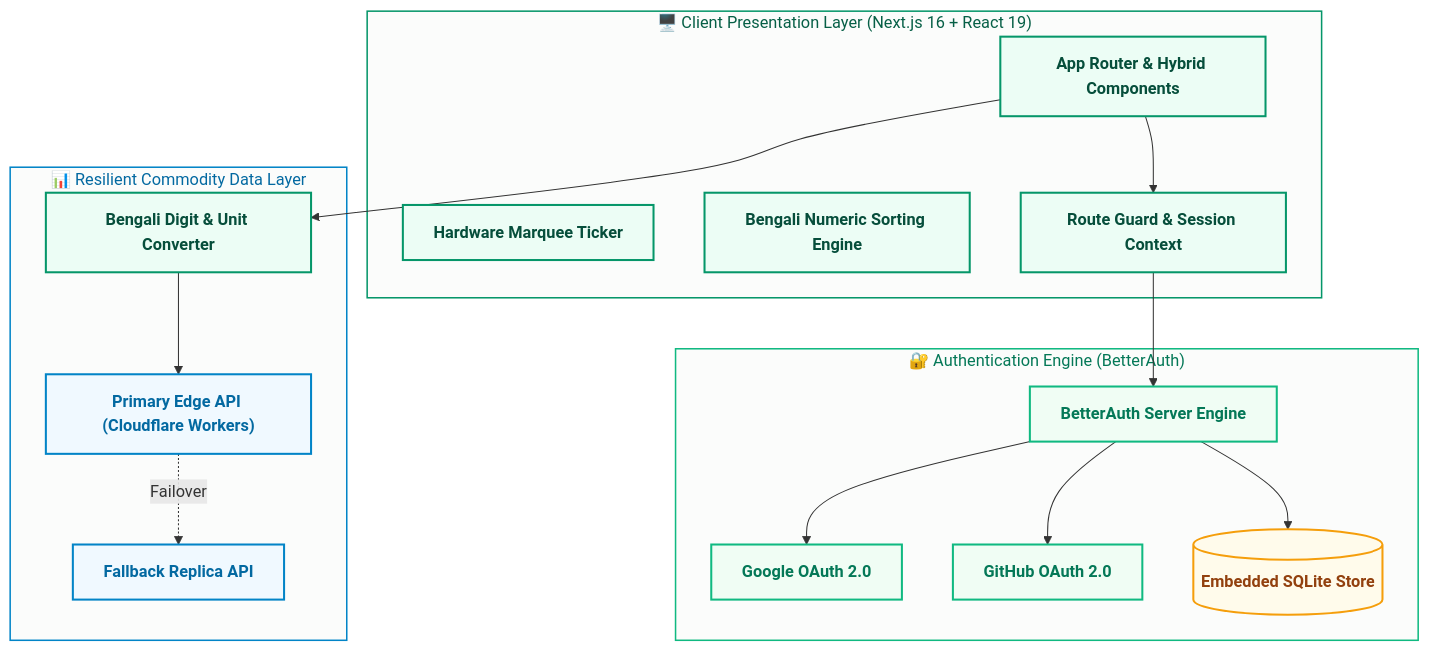
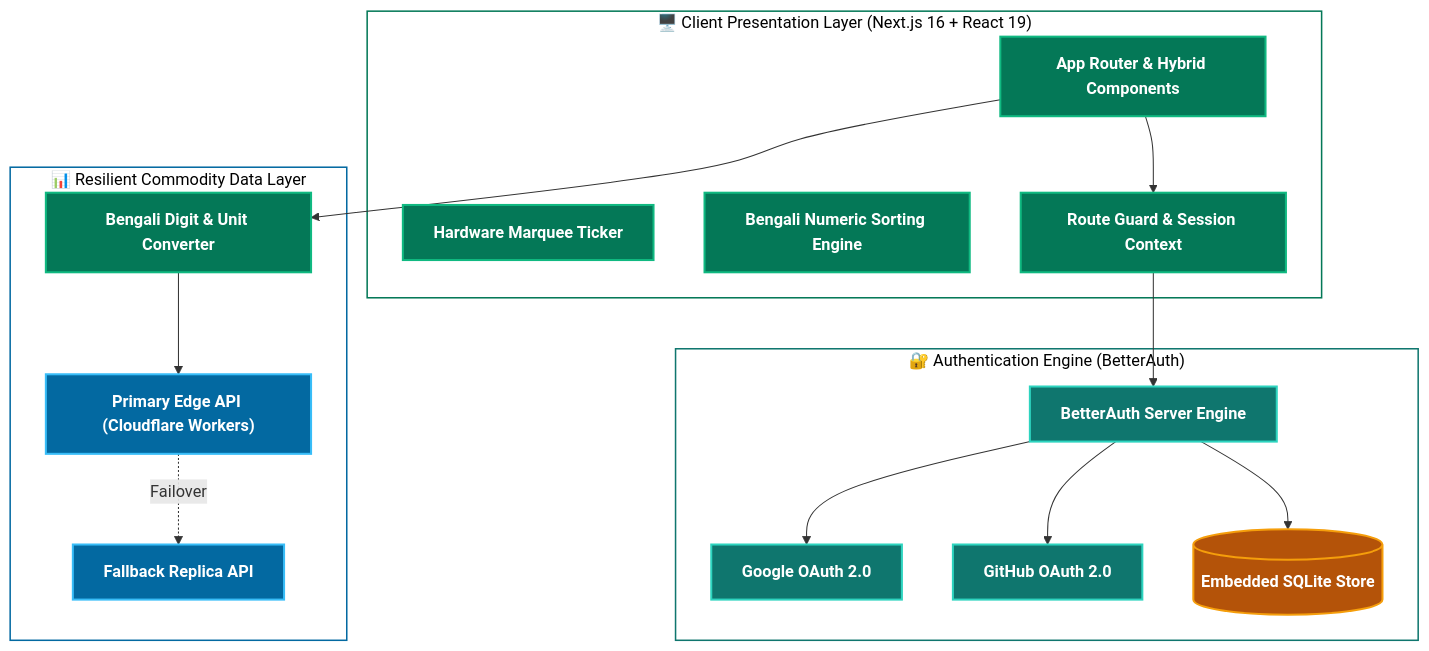
One commit to mahfuzhasan2700/Bazar-Dor changed the diagram in README.md. Above: the diagram before and after it, drawn with Mermaid. The commit also changed other lines of this file and 9 other files, not shown here.

````diff
--- a/README.md
+++ b/README.md
@@ -121,40 +123,40 @@
 ```mermaid
 graph TD
-    classDef emerald fill:#ecfdf5,stroke:#059669,stroke-width:2px,color:#064e3b,font-weight:bold;
-    classDef mint fill:#f0fdf4,stroke:#10b981,stroke-width:2px,color:#047857,font-weight:bold;
-    classDef amber fill:#fffbeb,stroke:#f59e0b,stroke-width:2px,color:#92400e,font-weight:bold;
-    classDef sky fill:#f0f9ff,stroke:#0284c7,stroke-width:2px,color:#0369a1,font-weight:bold;
+    classDef emerald fill:#047857,stroke:#10b981,stroke-width:2px,color:#ffffff,font-weight:bold;
+    classDef teal fill:#0f766e,stroke:#2dd4bf,stroke-width:2px,color:#ffffff,font-weight:bold;
+    classDef amber fill:#b45309,stroke:#f59e0b,stroke-width:2px,color:#ffffff,font-weight:bold;
+    classDef sky fill:#0369a1,stroke:#38bdf8,stroke-width:2px,color:#ffffff,font-weight:bold;
 
     subgraph Client ["🖥️ Client Presentation Layer (Next.js 16 + React 19)"]
         UI["App Router & Hybrid Components"]:::emerald
         Ticker["Hardware Marquee Ticker"]:::emerald
         Sort["Bengali Numeric Sorting Engine"]:::emerald
         Protected["Route Guard & Session Context"]:::emerald
     end
 
     subgraph Auth ["🔐 Authentication Engine (BetterAuth)"]
-        BA["BetterAuth Server Engine"]:::mint
-        OAuthGoogle["Google OAuth 2.0"]:::mint
-        OAuthGH["GitHub OAuth 2.0"]:::mint
+        BA["BetterAuth Server Engine"]:::teal
+        OAuthGoogle["Google OAuth 2.0"]:::teal
+        OAuthGH["GitHub OAuth 2.0"]:::teal
         DB[("Embedded SQLite Store")]:::amber
     end
 
     subgraph Data ["📊 Resilient Commodity Data Layer"]
         PrimaryAPI["Primary Edge API (Cloudflare Workers)"]:::sky
         ReplicaAPI["Fallback Replica API"]:::sky
         Transformer["Bengali Digit & Unit Converter"]:::emerald
     end
 
     UI --> Protected
     Protected --> BA
     BA --> OAuthGoogle
     BA --> OAuthGH
     BA --> DB
     UI --> Transformer
     Transformer --> PrimaryAPI
     PrimaryAPI -.->|Failover| ReplicaAPI
 
-    style Client fill:#fbfcfb,stroke:#059669,stroke-width:1.5px,color:#065f46
-    style Auth fill:#fbfcfb,stroke:#10b981,stroke-width:1.5px,color:#047857
-    style Data fill:#fbfcfb,stroke:#0284c7,stroke-width:1.5px,color:#0369a1
+    style Client fill:transparent,stroke:#047857,stroke-width:1.5px,color:inherit
+    style Auth fill:transparent,stroke:#0f766e,stroke-width:1.5px,color:inherit
+    style Data fill:transparent,stroke:#0369a1,stroke-width:1.5px,color:inherit
 ```
````
